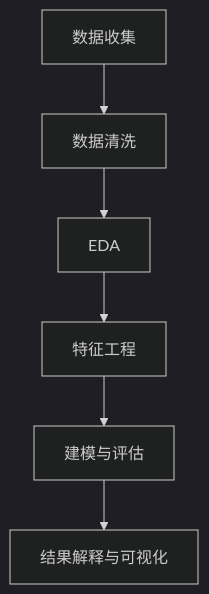
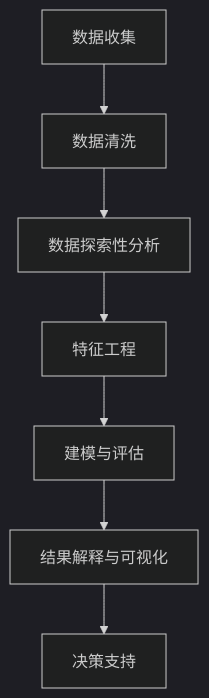
Before and after one commit to AdaMartin18010/Data-Science: the diagram in Analysis/3-数据模型与算法/3.5-数据分析与ETL/3.5.1-数据分析基础理论.md, drawn with Mermaid (dark theme). The commit also changed other lines of this file and 14 other files, not shown here.

````diff
--- a/Analysis/3-数据模型与算法/3.5-数据分析与ETL/3.5.1-数据分析基础理论.md
+++ b/Analysis/3-数据模型与算法/3.5-数据分析与ETL/3.5.1-数据分析基础理论.md
@@ -41,8 +15,9 @@
 ```mermaid
 flowchart TD
-  A[数据收集] --> B[数据清洗]
-  B --> C[EDA]
-  C --> D[特征工程]
-  D --> E[建模与评估]
-  E --> F[结果解释与可视化]
+    A[数据收集] --> B[数据清洗]
+    B --> C[数据探索性分析]
+    C --> D[特征工程]
+    D --> E[建模与评估]
+    E --> F[结果解释与可视化]
+    F --> G[决策支持]
 ```
````
